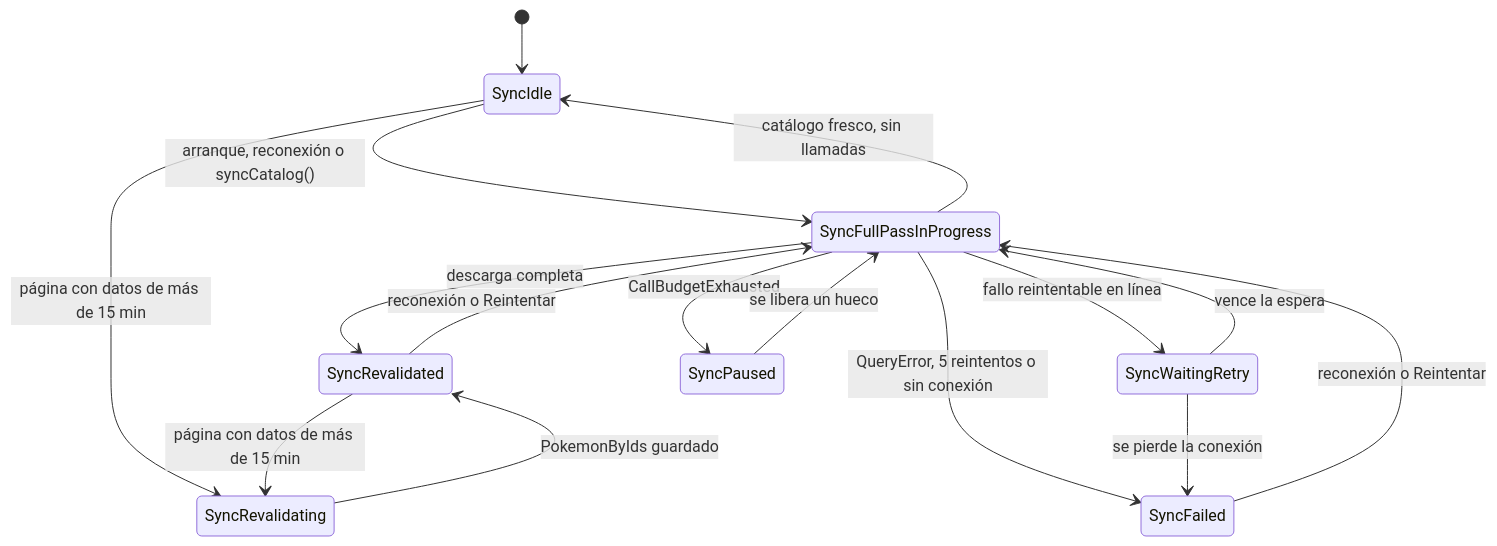
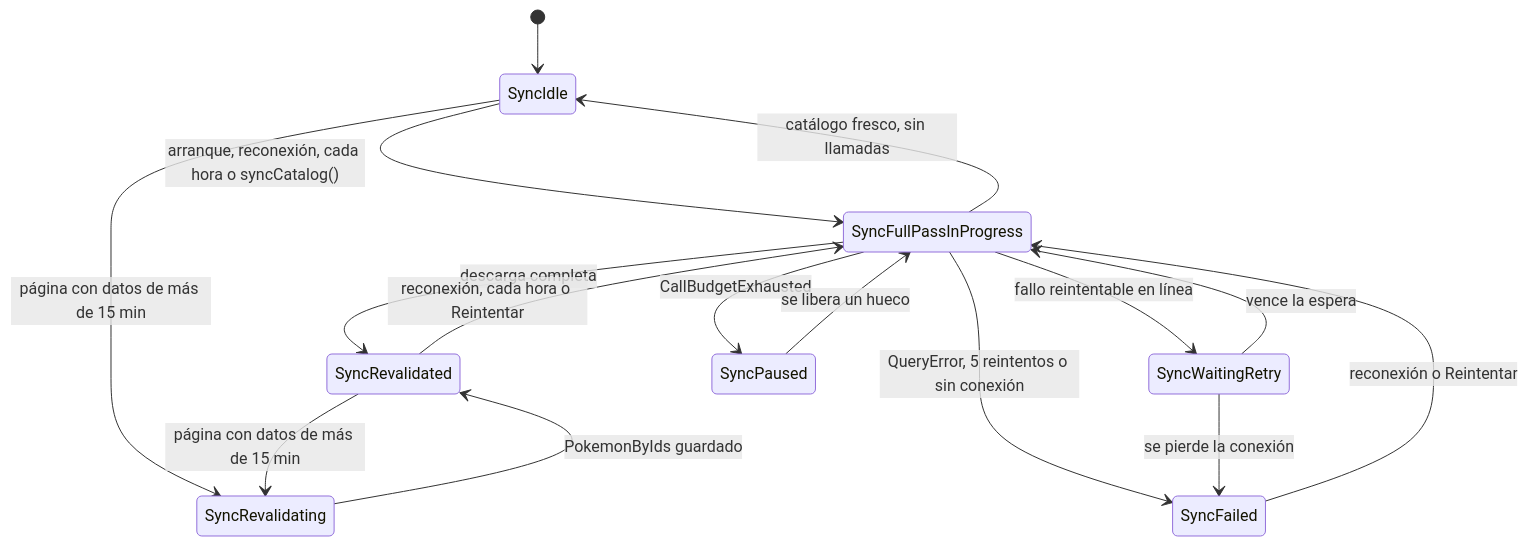
One commit to JoseHidalgoG/pokedex-flutter changed the sixth of 10 diagrams in docs/arquitectura.md. Above: the diagram before and after it, drawn with Mermaid. The commit also changed other lines of this file and 3 other files, not shown here.

Commit message:
docs: indicar que la pasada completa se repite cada hora con servicio

````diff
--- a/docs/arquitectura.md
+++ b/docs/arquitectura.md
@@ -279,18 +282,18 @@
 ```mermaid
 stateDiagram-v2
   [*] --> SyncIdle
-  SyncIdle --> SyncFullPassInProgress: arranque, reconexión o syncCatalog()
+  SyncIdle --> SyncFullPassInProgress: arranque, reconexión, cada hora o syncCatalog()
   SyncFullPassInProgress --> SyncIdle: catálogo fresco, sin llamadas
   SyncFullPassInProgress --> SyncRevalidated: descarga completa
   SyncFullPassInProgress --> SyncWaitingRetry: fallo reintentable en línea
   SyncWaitingRetry --> SyncFullPassInProgress: vence la espera
   SyncFullPassInProgress --> SyncPaused: CallBudgetExhausted
   SyncPaused --> SyncFullPassInProgress: se libera un hueco
   SyncFullPassInProgress --> SyncFailed: QueryError, 5 reintentos o sin conexión
   SyncWaitingRetry --> SyncFailed: se pierde la conexión
-  SyncRevalidated --> SyncFullPassInProgress: reconexión o Reintentar
+  SyncRevalidated --> SyncFullPassInProgress: reconexión, cada hora o Reintentar
   SyncFailed --> SyncFullPassInProgress: reconexión o Reintentar
   SyncIdle --> SyncRevalidating: página con datos de más de 15 min
   SyncRevalidated --> SyncRevalidating: página con datos de más de 15 min
   SyncRevalidating --> SyncRevalidated: PokemonByIds guardado
 ```
````
